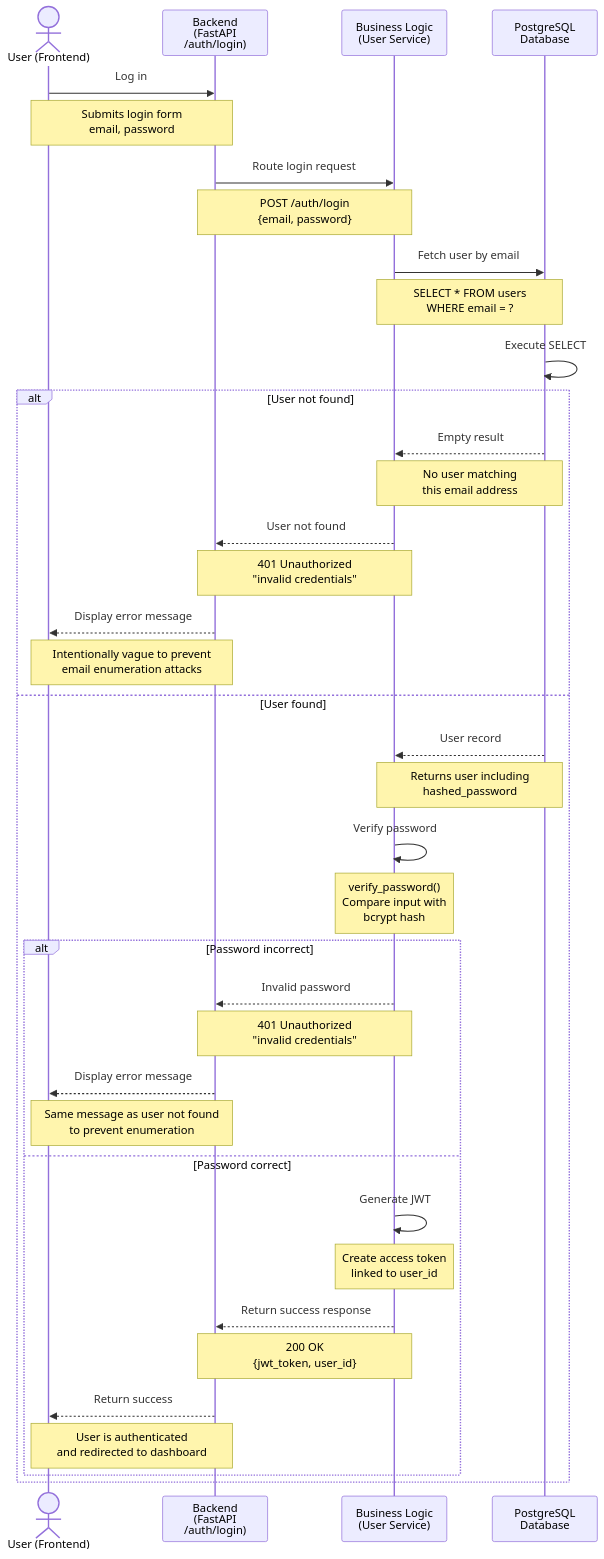
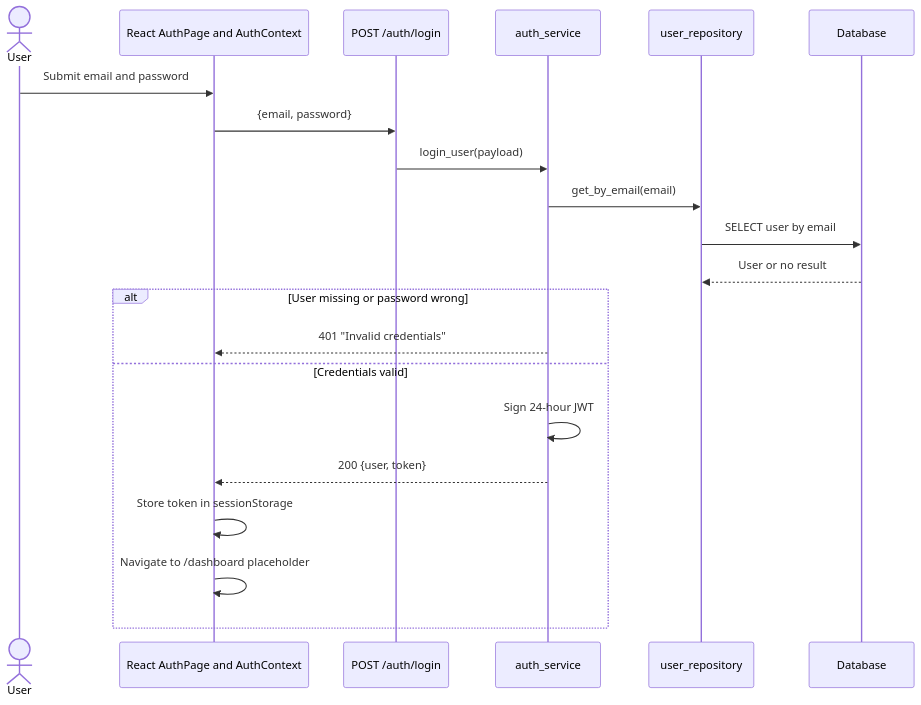
One commit to zahin-dev/Film-like changed the second of 7 diagrams in docs/diagrams/SequenceDiagrams.md. Above: the diagram before and after it, drawn with Mermaid. The commit also changed other lines of this file and 10 other files, not shown here.

````diff
--- a/docs/diagrams/SequenceDiagrams.md
+++ b/docs/diagrams/SequenceDiagrams.md
@@ -135,47 +47,25 @@
 ```mermaid
 sequenceDiagram
-    actor User as User (Frontend)
-    participant Back as Backend<br>(FastAPI<br>/auth/login)
-    participant BL as Business Logic<br>(User Service)
-    participant DB as PostgreSQL<br>Database
+    actor User
+    participant Frontend as React AuthPage and AuthContext
+    participant Route as POST /auth/login
+    participant Service as auth_service
+    participant Repo as user_repository
+    participant DB as Database
 
-    User->>Back: Log in
-    Note over User,Back: Submits login form<br>email, password
+    User->>Frontend: Submit email and password
+    Frontend->>Route: {email, password}
+    Route->>Service: login_user(payload)
+    Service->>Repo: get_by_email(email)
+    Repo->>DB: SELECT user by email
+    DB-->>Repo: User or no result
 
-    Back->>BL: Route login request
-    Note over Back,BL: POST /auth/login<br>{email, password}
-
-    BL->>DB: Fetch user by email
-    Note over BL,DB: SELECT * FROM users<br>WHERE email = ?
-
-    DB->>DB: Execute SELECT
-
-    alt User not found
-        DB-->>BL: Empty result
-        Note over DB,BL: No user matching<br>this email address
-        BL-->>Back: User not found
-        Note over BL,Back: 401 Unauthorized<br>"invalid credentials"
-        Back-->>User: Display error message
-        Note over Back,User: Intentionally vague to prevent<br>email enumeration attacks
-    else User found
-        DB-->>BL: User record
-        Note over DB,BL: Returns user including<br>hashed_password
-
-        BL->>BL: Verify password
-        Note over BL: verify_password()<br>Compare input with<br>bcrypt hash
-
-        alt Password incorrect
-            BL-->>Back: Invalid password
-            Note over BL,Back: 401 Unauthorized<br>"invalid credentials"
-            Back-->>User: Display error message
-            Note over Back,User: Same message as user not found<br>to prevent enumeration
-        else Password correct
-            BL->>BL: Generate JWT
-            Note over BL: Create access token<br>linked to user_id
-            BL-->>Back: Return success response
-            Note over BL,Back: 200 OK<br>{jwt_token, user_id}
-            Back-->>User: Return success
-            Note over Back,User: User is authenticated<br>and redirected to dashboard
-        end
+    alt User missing or password wrong
+        Service-->>Frontend: 401 "Invalid credentials"
+    else Credentials valid
+        Service->>Service: Sign 24-hour JWT
+        Service-->>Frontend: 200 {user, token}
+        Frontend->>Frontend: Store token in sessionStorage
+        Frontend->>Frontend: Navigate to /dashboard placeholder
     end
 ```
````
